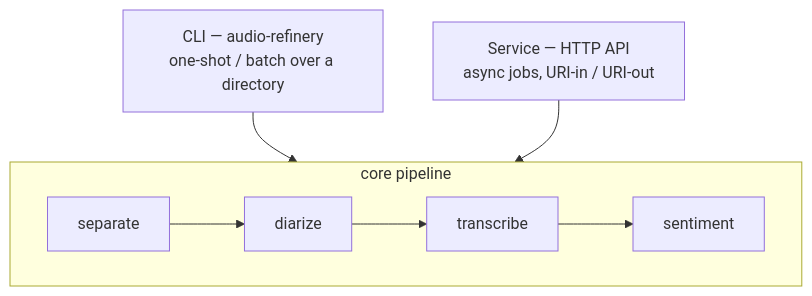
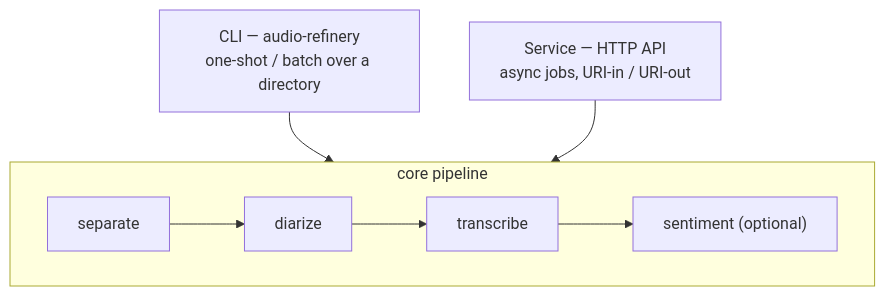
The diagram in README.md (LunarCommand/audio-refinery), drawn with Mermaid before and after one commit.

Commit message:
Mark sentiment optional in README diagram
The README Mermaid diagram showed sentiment as an unconditional core
stage, but it is opt-in (off by default). Label it "sentiment
(optional)" to match docs/architecture.md and the actual default.

````diff
--- a/README.md
+++ b/README.md
@@ -91,11 +91,11 @@
 ```mermaid
 flowchart TD
     CLI["CLI — audio-refinery<br/>one-shot / batch over a directory"]
     SVC["Service — HTTP API<br/>async jobs, URI-in / URI-out"]
     CLI --> CORE
     SVC --> CORE
     subgraph CORE [core pipeline]
         direction LR
-        SEP[separate] --> DIA[diarize] --> TRX[transcribe] --> SEN[sentiment]
+        SEP[separate] --> DIA[diarize] --> TRX[transcribe] --> SEN["sentiment (optional)"]
     end
 ```
````
